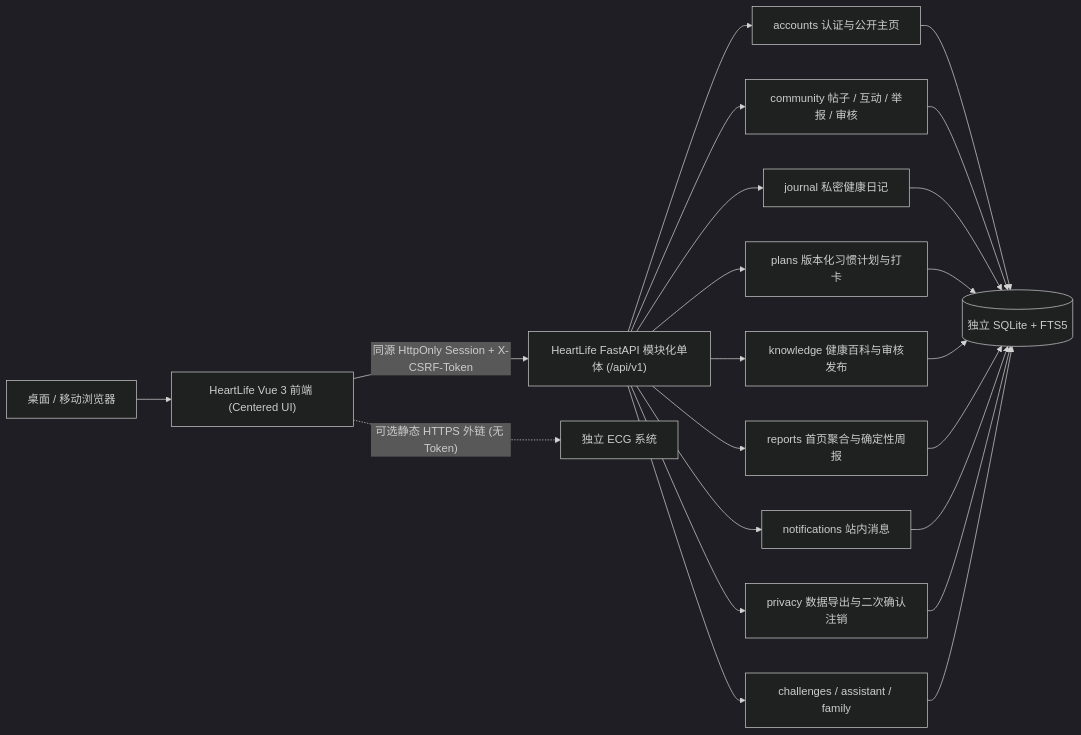
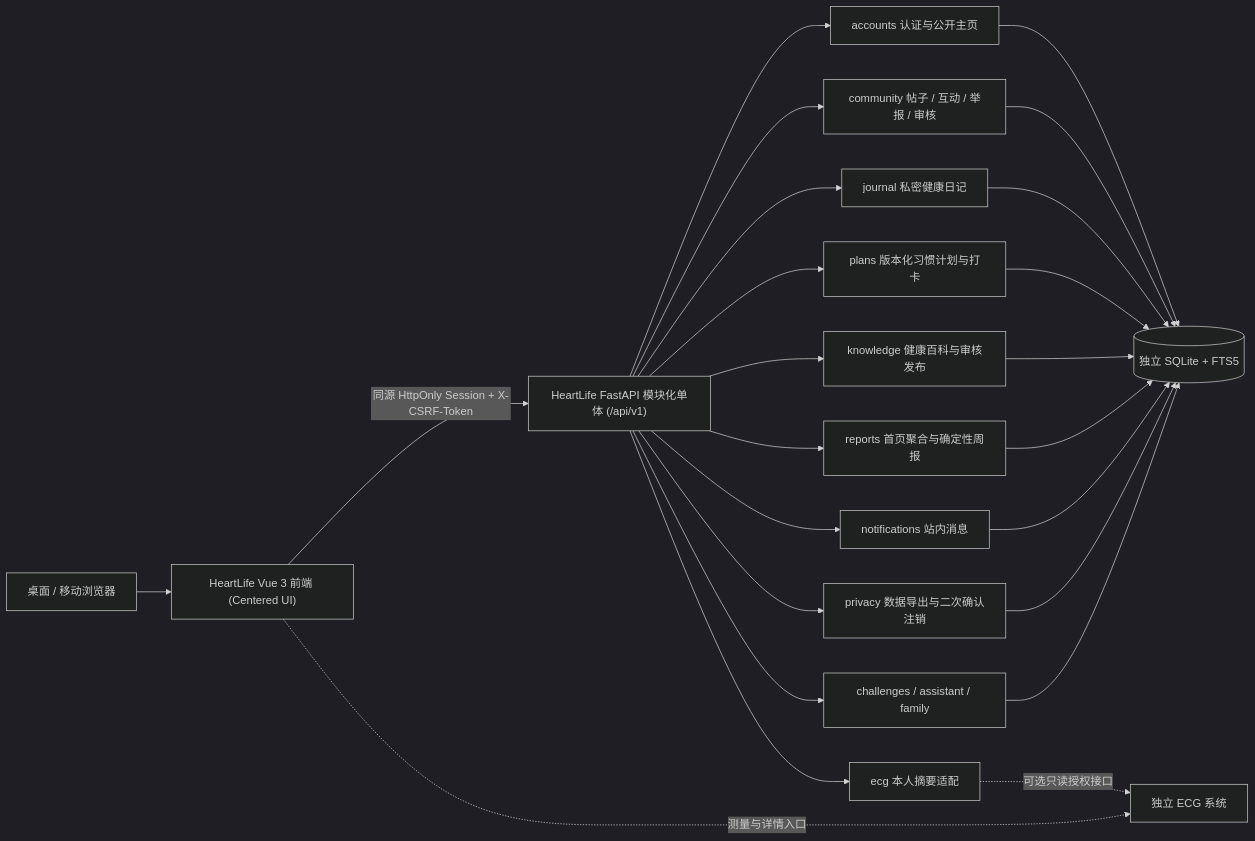
Before and after one commit to XiongBoT/bme-ecg-system: the diagram in heartlife/docs/architecture.md, drawn with Mermaid (dark theme). The commit also changed other lines of this file and 58 other files, not shown here.

````diff
--- a/heartlife/docs/architecture.md
+++ b/heartlife/docs/architecture.md
@@ -10,16 +10,18 @@
 ```mermaid
 flowchart LR
   Browser["桌面 / 移动浏览器"] --> VueApp["HeartLife Vue 3 前端 (Centered UI)"]
   VueApp -->|同源 HttpOnly Session + X-CSRF-Token| API["HeartLife FastAPI 模块化单体 (/api/v1)"]
   API --> Accounts["accounts 认证与公开主页"]
   API --> Community["community 帖子 / 互动 / 举报 / 审核"]
   API --> Journal["journal 私密健康日记"]
   API --> Plans["plans 版本化习惯计划与打卡"]
   API --> Knowledge["knowledge 健康百科与审核发布"]
   API --> Reports["reports 首页聚合与确定性周报"]
   API --> Notif["notifications 站内消息"]
   API --> Privacy["privacy 数据导出与二次确认注销"]
   API --> P1["challenges / assistant / family"]
   Accounts & Community & Journal & Plans & Knowledge & Reports & Notif & Privacy & P1 --> DB[("独立 SQLite + FTS5")]
-  VueApp -. "可选静态 HTTPS 外链 (无 Token)" .-> LegacyECG["独立 ECG 系统"]
+  API --> ECGAdapter["ecg 本人摘要适配"]
+  ECGAdapter -. "可选只读授权接口" .-> LegacyECG["独立 ECG 系统"]
+  VueApp -. "测量与详情入口" .-> LegacyECG
 ```
````
